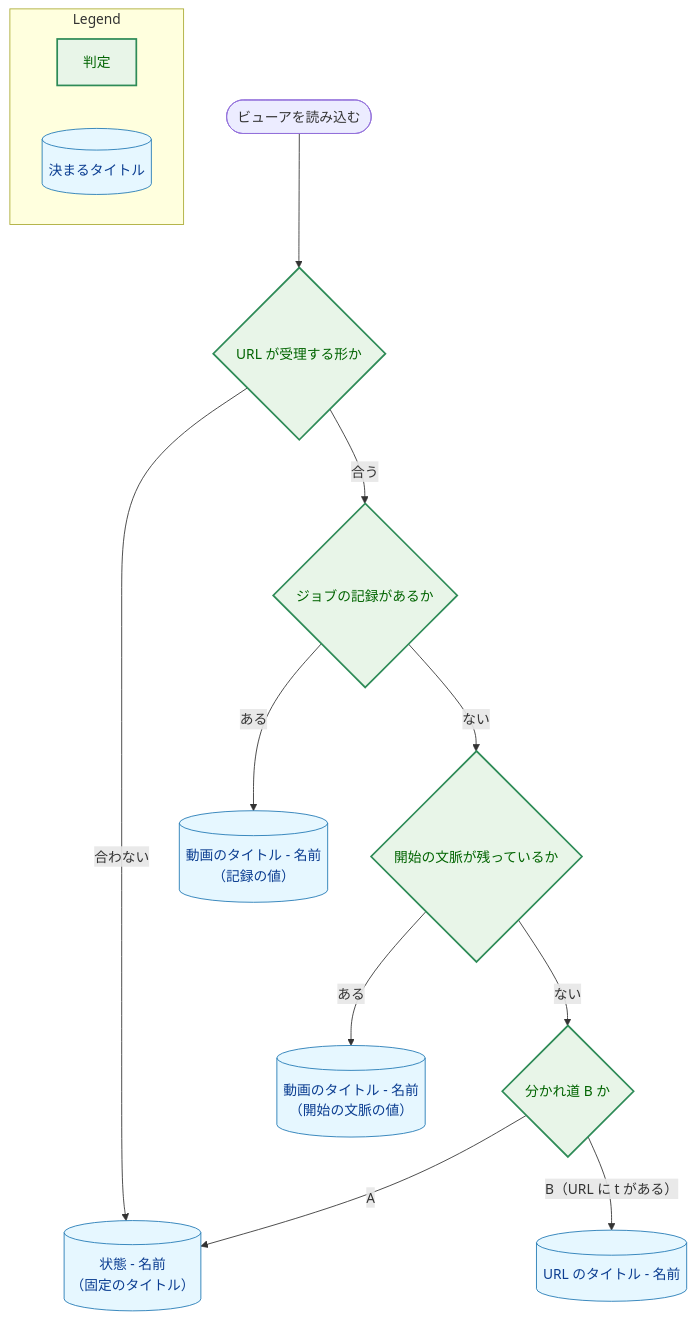
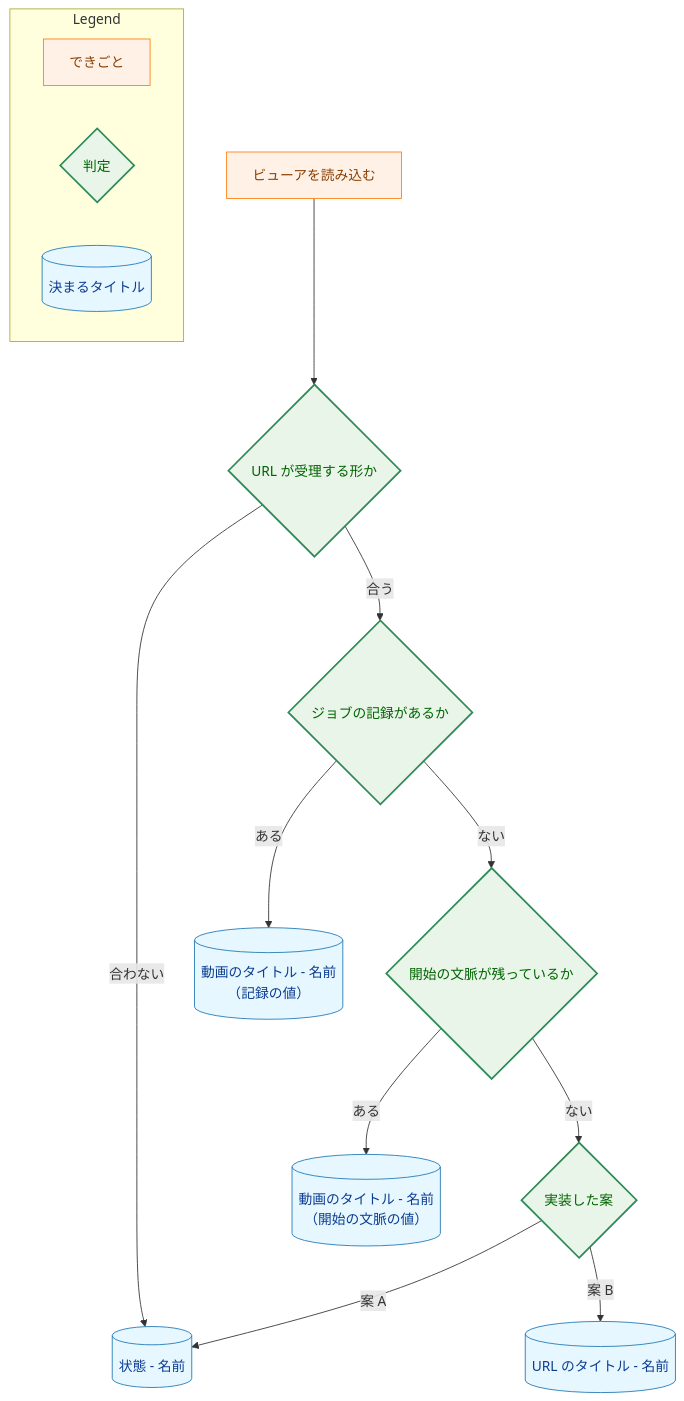
Before and after one commit to isseis/yt2column: the seventh of 8 diagrams in docs/tasks/0091_extension_only_migration/02_architecture.md, drawn with Mermaid. The commit also changed other lines of this file and 8 other files, not shown here.

First line of the commit message:
docs(0091): apply the architecture and prose review fixes

````diff
--- a/docs/tasks/0091_extension_only_migration/02_architecture.md
+++ b/docs/tasks/0091_extension_only_migration/02_architecture.md
@@ -729,35 +874,39 @@
 ```mermaid
 flowchart TD
+    classDef process fill:#fff1e6,stroke:#ff7f0e,stroke-width:1px,color:#8a3e00;
     classDef enhanced fill:#e8f5e8,stroke:#2e8b57,stroke-width:2px,color:#006400;
     classDef data fill:#e6f7ff,stroke:#1f77b4,stroke-width:1px,color:#0b3d91;
 
-    START(["ビューアを読み込む"])
+    START["ビューアを読み込む"]
     URLOK{"URL が受理する形か"}
     REC{"ジョブの記録があるか"}
     CTX{"開始の文脈が残っているか"}
-    BR{"分かれ道 B か"}
+    VARIANT{"実装した案"}
     T1[("動画のタイトル - 名前<br>（記録の値）")]
     T2[("動画のタイトル - 名前<br>（開始の文脈の値）")]
     T3[("URL のタイトル - 名前")]
-    T4[("状態 - 名前<br>（固定のタイトル）")]
+    T4[("状態 - 名前")]
 
     START --> URLOK
     URLOK -->|"合わない"| T4
     URLOK -->|"合う"| REC
     REC -->|"ある"| T1
     REC -->|"ない"| CTX
     CTX -->|"ある"| T2
-    CTX -->|"ない"| BR
-    BR -->|"B（URL に t がある）"| T3
-    BR -->|"A"| T4
+    CTX -->|"ない"| VARIANT
+    VARIANT -->|"案 B"| T3
+    VARIANT -->|"案 A"| T4
 
-    class URLOK,REC,CTX,BR enhanced
+    class START process
+    class URLOK,REC,CTX,VARIANT enhanced
     class T1,T2,T3,T4 data
 
     subgraph Legend["Legend"]
-        L1["判定"]
+        L0["できごと"]
+        L1{"判定"}
         L2[("決まるタイトル")]
     end
+    class L0 process
     class L1 enhanced
     class L2 data
 ```
````
